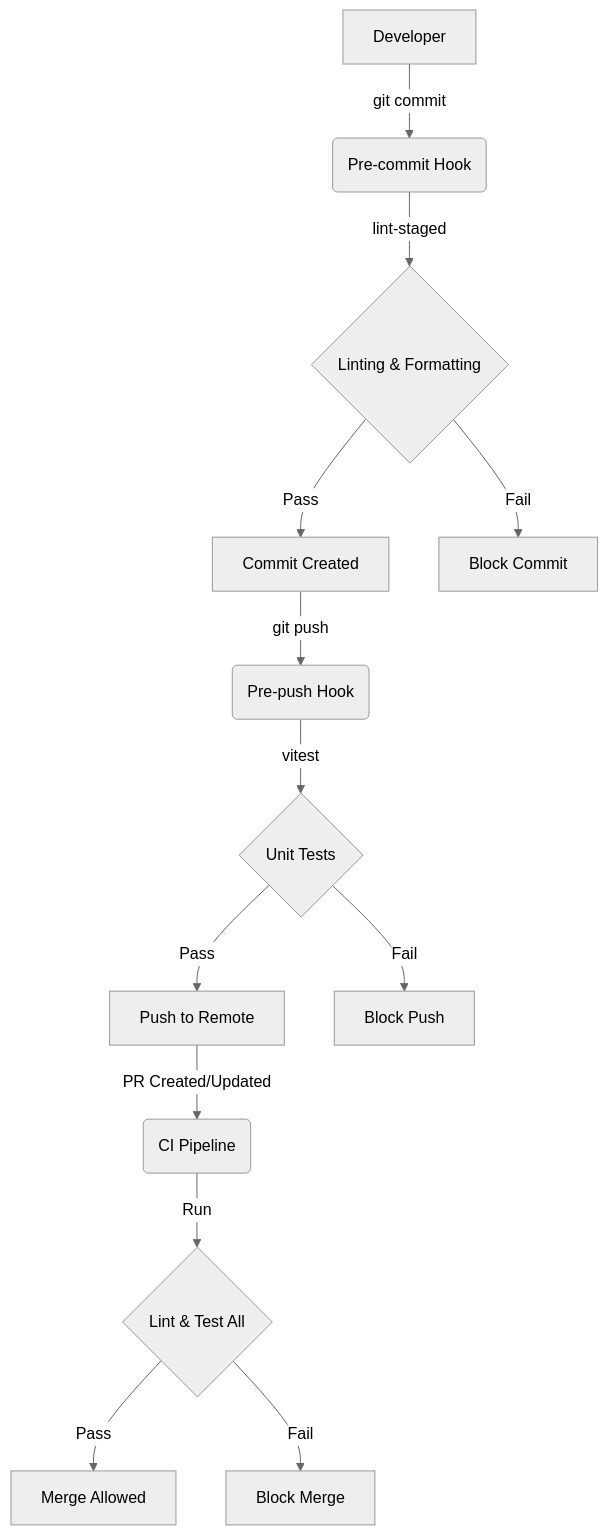
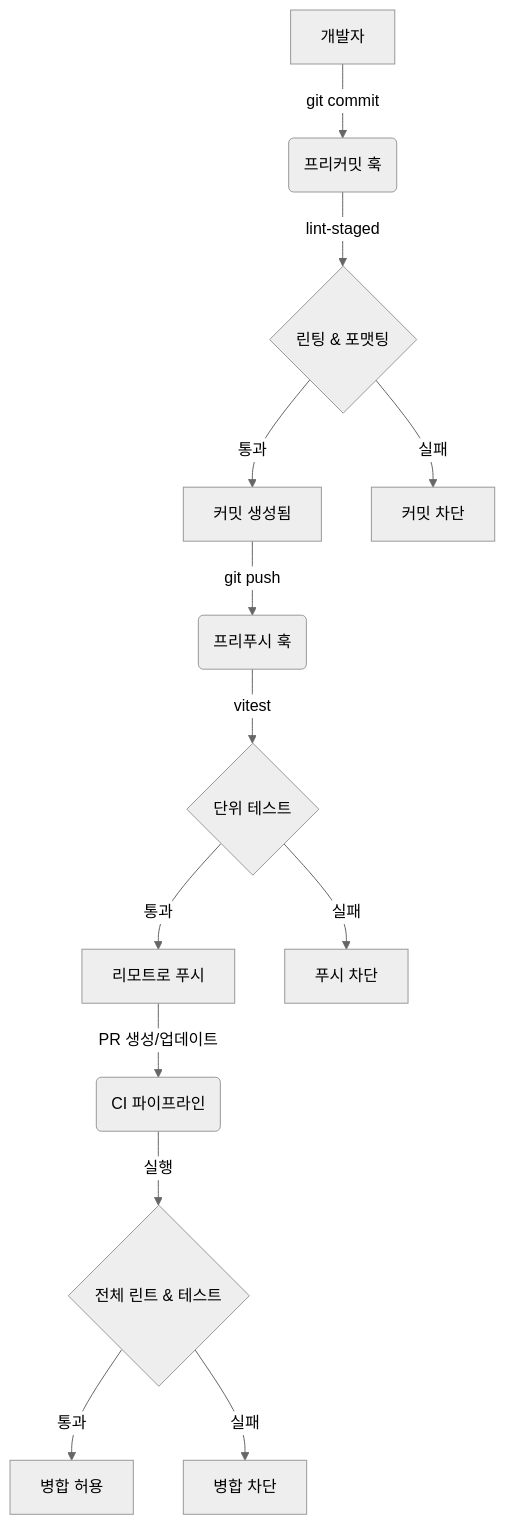
The diagram in specs/002-quality-workflow/plan.md (croo12/z-project), drawn with Mermaid (neutral theme) before and after one commit. The commit also changed other lines of this file and 15 other files, not shown here.

````diff
--- a/specs/002-quality-workflow/plan.md
+++ b/specs/002-quality-workflow/plan.md
@@ -13,17 +13,17 @@
 ```mermaid
 graph TD
-    A[Developer] -->|git commit| B(Pre-commit Hook)
-    B -->|lint-staged| C{Linting & Formatting}
-    C -->|Pass| D[Commit Created]
-    C -->|Fail| E[Block Commit]
+    A[개발자] -->|git commit| B(프리커밋 훅)
+    B -->|lint-staged| C{린팅 & 포맷팅}
+    C -->|통과| D[커밋 생성됨]
+    C -->|실패| E[커밋 차단]
     
-    D -->|git push| F(Pre-push Hook)
-    F -->|vitest| G{Unit Tests}
-    G -->|Pass| H[Push to Remote]
-    G -->|Fail| I[Block Push]
+    D -->|git push| F(프리푸시 훅)
+    F -->|vitest| G{단위 테스트}
+    G -->|통과| H[리모트로 푸시]
+    G -->|실패| I[푸시 차단]
     
-    H -->|PR Created/Updated| J(CI Pipeline)
-    J -->|Run| K{Lint & Test All}
-    K -->|Pass| L[Merge Allowed]
-    K -->|Fail| M[Block Merge]
+    H -->|PR 생성/업데이트| J(CI 파이프라인)
+    J -->|실행| K{전체 린트 & 테스트}
+    K -->|통과| L[병합 허용]
+    K -->|실패| M[병합 차단]
 ```
````
